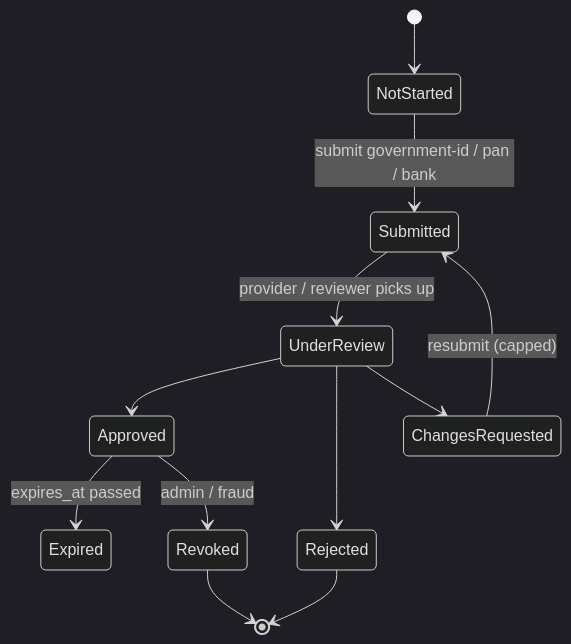
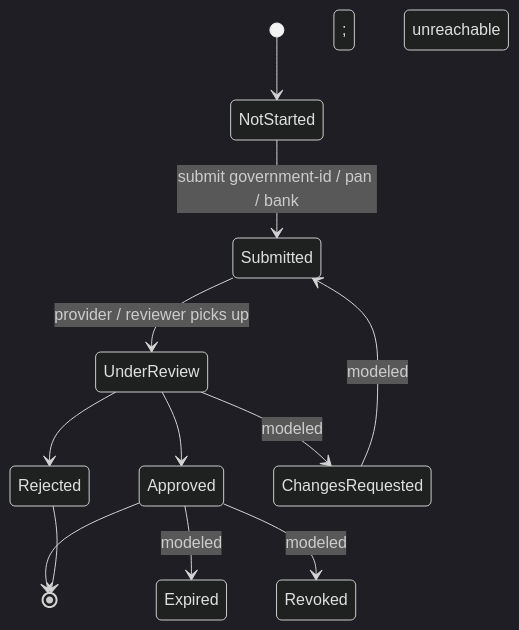
Before and after one commit to chaitanyareddykarri/kurx: diagram 11 of 14 in docs/architecture/diagrams.md, drawn with Mermaid (dark theme). The commit also changed other lines of this file and 155 other files, not shown here.

````diff
--- a/docs/architecture/diagrams.md
+++ b/docs/architecture/diagrams.md
@@ -396,14 +492,15 @@
 ```mermaid
 stateDiagram-v2
     [*] --> NotStarted
     NotStarted --> Submitted : submit government-id / pan / bank
     Submitted --> UnderReview : provider / reviewer picks up
     UnderReview --> Approved
     UnderReview --> Rejected
-    UnderReview --> ChangesRequested
-    ChangesRequested --> Submitted : resubmit (capped)
-    Approved --> Expired : expires_at passed
-    Approved --> Revoked : admin / fraud
+    Approved --> [*]
     Rejected --> [*]
-    Revoked --> [*]
+
+    UnderReview --> ChangesRequested : modeled; unreachable
+    ChangesRequested --> Submitted : modeled; unreachable
+    Approved --> Expired : modeled; unreachable
+    Approved --> Revoked : modeled; unreachable
 ```
````
